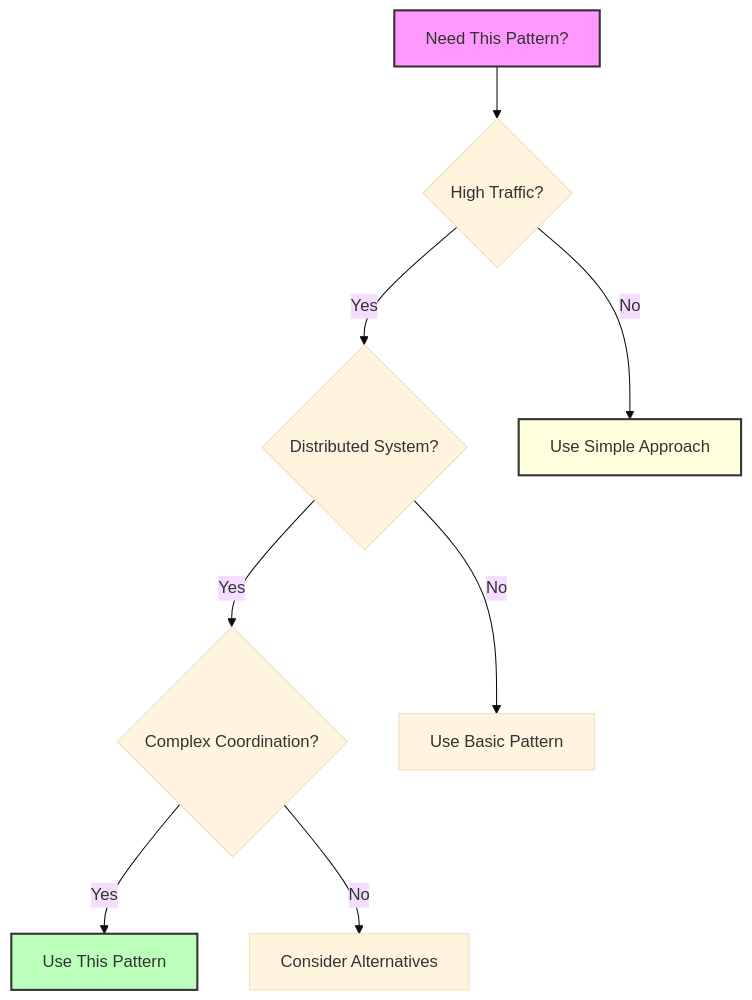
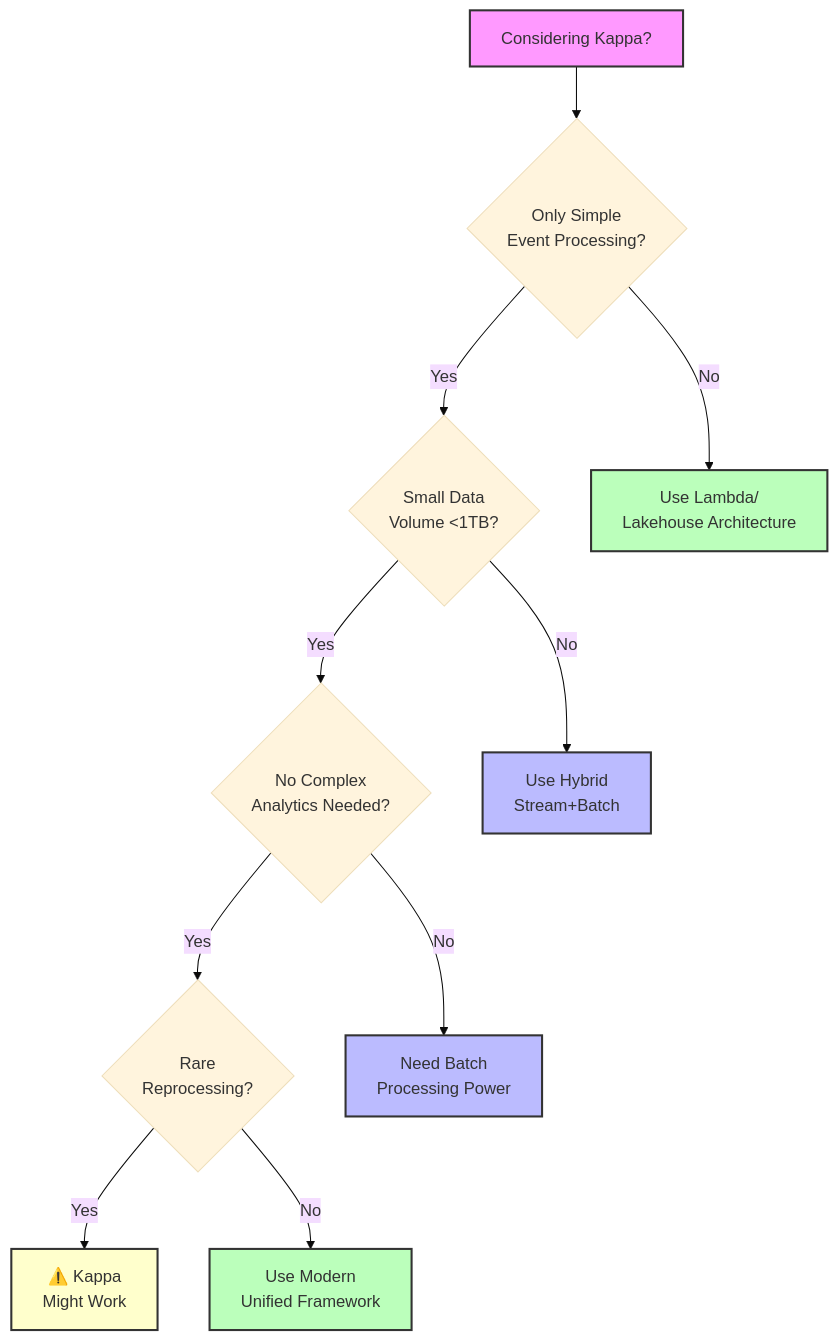
Before and after one commit to deepaucksharma/DStudio: the second of 2 diagrams in docs/pattern-library/architecture/kappa-architecture.md, drawn with Mermaid (base theme). The commit also changed other lines of this file and 4 other files, not shown here.

````diff
--- a/docs/pattern-library/architecture/kappa-architecture.md
+++ b/docs/pattern-library/architecture/kappa-architecture.md
@@ -200,14 +360,19 @@
 ```mermaid
 graph TD
-    Start[Need This Pattern?] --> Q1{High Traffic?}
-    Q1 -->|Yes| Q2{Distributed System?}
-    Q1 -->|No| Simple[Use Simple Approach]
-    Q2 -->|Yes| Q3{Complex Coordination?}
-    Q2 -->|No| Basic[Use Basic Pattern]
-    Q3 -->|Yes| Advanced[Use This Pattern]
-    Q3 -->|No| Intermediate[Consider Alternatives]
+    Start[Considering Kappa?] --> Q1{Only Simple<br/>Event Processing?}
+    Q1 -->|Yes| Q2{Small Data<br/>Volume <1TB?}
+    Q1 -->|No| Lambda[Use Lambda/<br/>Lakehouse Architecture]
+    Q2 -->|Yes| Q3{No Complex<br/>Analytics Needed?}
+    Q2 -->|No| Hybrid[Use Hybrid<br/>Stream+Batch]
+    Q3 -->|Yes| Q4{Rare<br/>Reprocessing?}
+    Q3 -->|No| Batch[Need Batch<br/>Processing Power]
+    Q4 -->|Yes| Maybe[⚠️ Kappa<br/>Might Work]
+    Q4 -->|No| Modern[Use Modern<br/>Unified Framework]
     
     style Start fill:#f9f,stroke:#333,stroke-width:2px
-    style Advanced fill:#bfb,stroke:#333,stroke-width:2px
-    style Simple fill:#ffd,stroke:#333,stroke-width:2px
+    style Maybe fill:#ffffcc,stroke:#333,stroke-width:2px
+    style Lambda fill:#bfb,stroke:#333,stroke-width:2px
+    style Modern fill:#bfb,stroke:#333,stroke-width:2px
+    style Hybrid fill:#bbf,stroke:#333,stroke-width:2px
+    style Batch fill:#bbf,stroke:#333,stroke-width:2px
 ```
````
